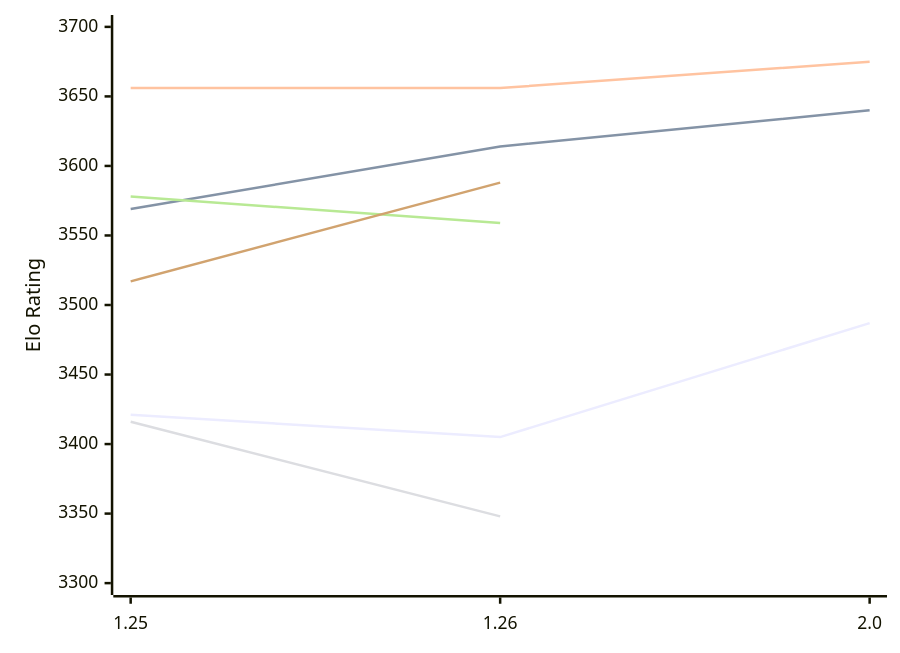
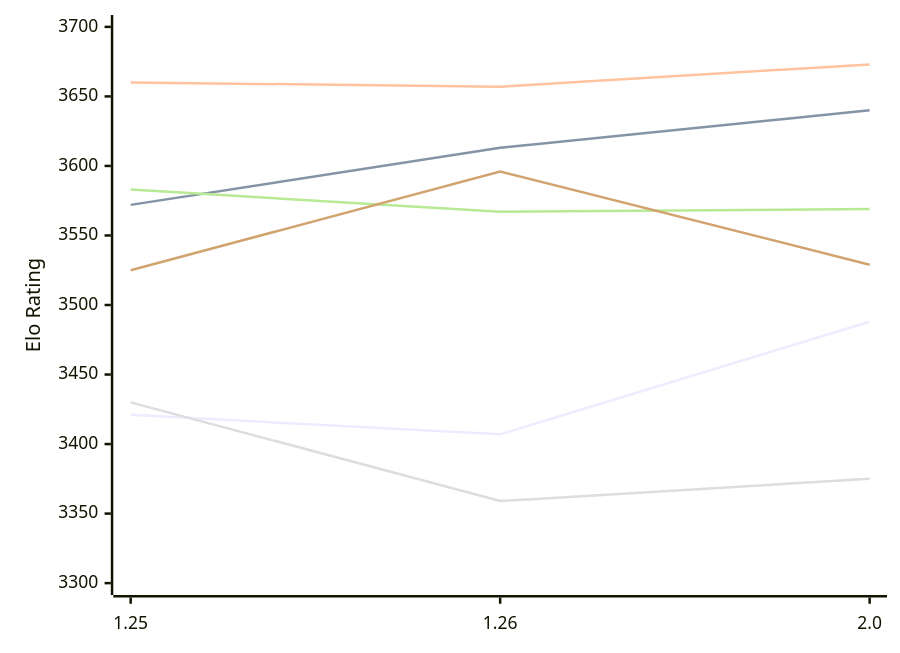
Before and after one commit to computer-chess-index/cci: the first of 2 diagrams in engines/Caissa.md, drawn with Mermaid. The commit also changed other lines of this file, not shown here.

Commit message:
Update CCI Ratings (ELO VLTC) - 2026-11-25

````diff
--- a/engines/Caissa.md
+++ b/engines/Caissa.md
@@ -57,12 +58,12 @@
 ```mermaid
 %%{init: {"theme":"base","themeVariables":{"seriesColors:['#a3a3a3','#222221','#faa371']}}}%%
 xychart-beta
   x-axis ["1.25", "1.26", "2.0"]
   y-axis "Elo Rating" 3300 --> 3700
-  line "E1: STC (8.0+0.08s)" [3421, 3405, 3487]
-  line "E1: LTC (60.0+0.60s)" [3569, 3614, 3640]
-  line "E1: VLTC (2m24s+1.12s)" [3656, 3656, 3675]
-  line "P1: STC (8.0+0.08s)" [3416, 3348]
-  line "P1: LTC (60.0+0.60s)" [3578, 3559]
-  line "P1: VLTC (2m24s+1.12s)" [3517, 3588]
+  line "E1: STC (8.0+0.08s)" [3421, 3407, 3488]
+  line "E1: LTC (60.0+0.60s)" [3572, 3613, 3640]
+  line "E1: VLTC (2m24s+1.12s)" [3660, 3657, 3673]
+  line "P1: STC (8.0+0.08s)" [3430, 3359, 3375]
+  line "P1: LTC (60.0+0.60s)" [3583, 3567, 3569]
+  line "P1: VLTC (2m24s+1.12s)" [3525, 3596, 3529]
 ```
````
